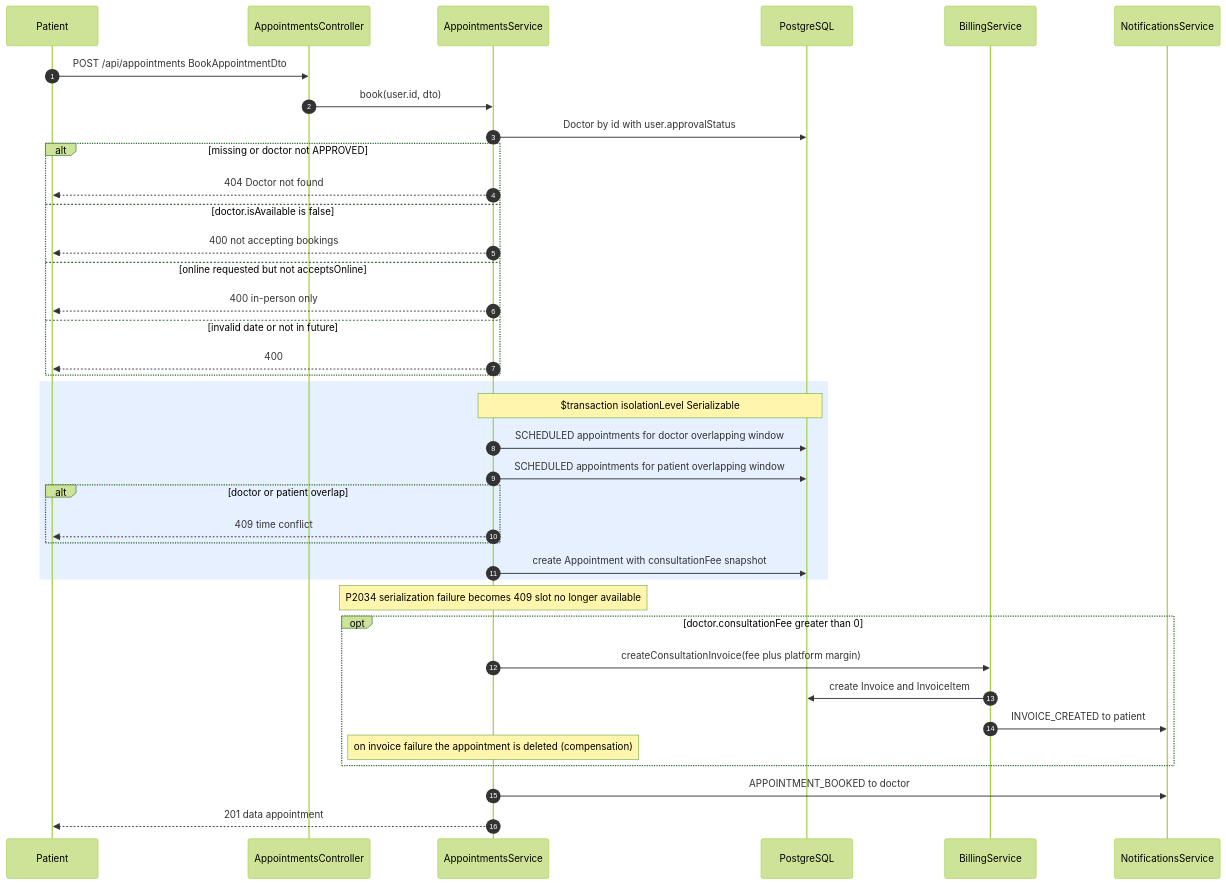
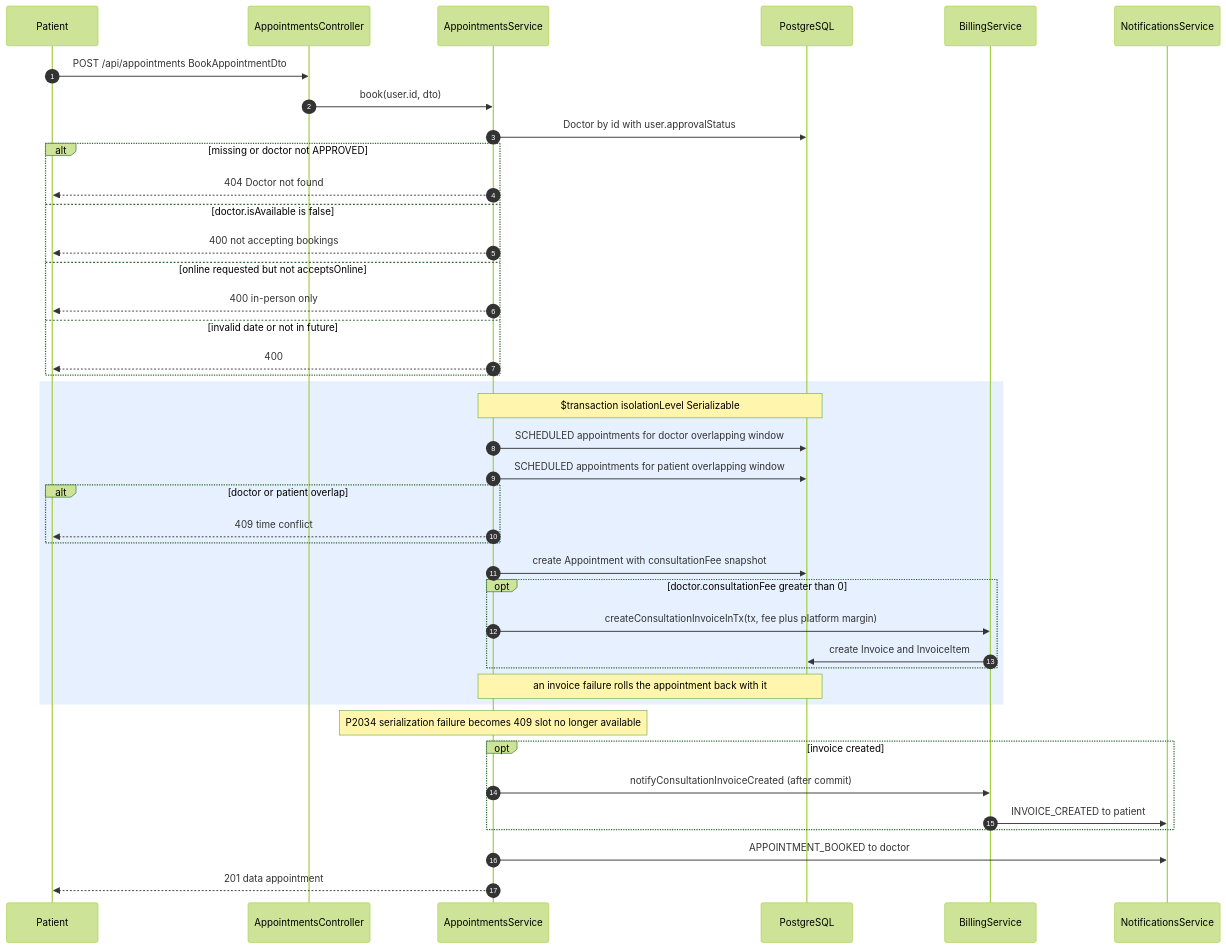
One commit to muhammadhamd56-cloud/hospital-management-system changed diagram 25 of 38 in backend/api/ARCHITECTURE.md. Above: the diagram before and after it, drawn with Mermaid (forest theme). The commit also changed other lines of this file and 13 other files, not shown here.

First line of the commit message:
docs: document the Ollama-based Admin AI and correct stale architecture gaps

````diff
--- a/backend/api/ARCHITECTURE.md
+++ b/backend/api/ARCHITECTURE.md
@@ -2223,41 +2205,44 @@
 ```mermaid
 sequenceDiagram
   autonumber
   participant P as Patient
   participant AC as AppointmentsController
   participant AS as AppointmentsService
   participant DB as PostgreSQL
   participant BS as BillingService
   participant NS as NotificationsService
 
   P->>AC: POST /api/appointments BookAppointmentDto
   AC->>AS: book(user.id, dto)
   AS->>DB: Doctor by id with user.approvalStatus
   alt missing or doctor not APPROVED
     AS-->>P: 404 Doctor not found
   else doctor.isAvailable is false
     AS-->>P: 400 not accepting bookings
   else online requested but not acceptsOnline
     AS-->>P: 400 in-person only
   else invalid date or not in future
     AS-->>P: 400
   end
   rect rgb(230, 240, 255)
     Note over AS,DB: $transaction isolationLevel Serializable
     AS->>DB: SCHEDULED appointments for doctor overlapping window
     AS->>DB: SCHEDULED appointments for patient overlapping window
     alt doctor or patient overlap
       AS-->>P: 409 time conflict
     end
     AS->>DB: create Appointment with consultationFee snapshot
+    opt doctor.consultationFee greater than 0
+      AS->>BS: createConsultationInvoiceInTx(tx, fee plus platform margin)
+      BS->>DB: create Invoice and InvoiceItem
+    end
+    Note over AS,DB: an invoice failure rolls the appointment back with it
   end
   Note over AS: P2034 serialization failure becomes 409 slot no longer available
-  opt doctor.consultationFee greater than 0
-    AS->>BS: createConsultationInvoice(fee plus platform margin)
-    BS->>DB: create Invoice and InvoiceItem
+  opt invoice created
+    AS->>BS: notifyConsultationInvoiceCreated (after commit)
     BS->>NS: INVOICE_CREATED to patient
-    Note over AS: on invoice failure the appointment is deleted (compensation)
   end
   AS->>NS: APPOINTMENT_BOOKED to doctor
   AS-->>P: 201 data appointment
 ```
````
